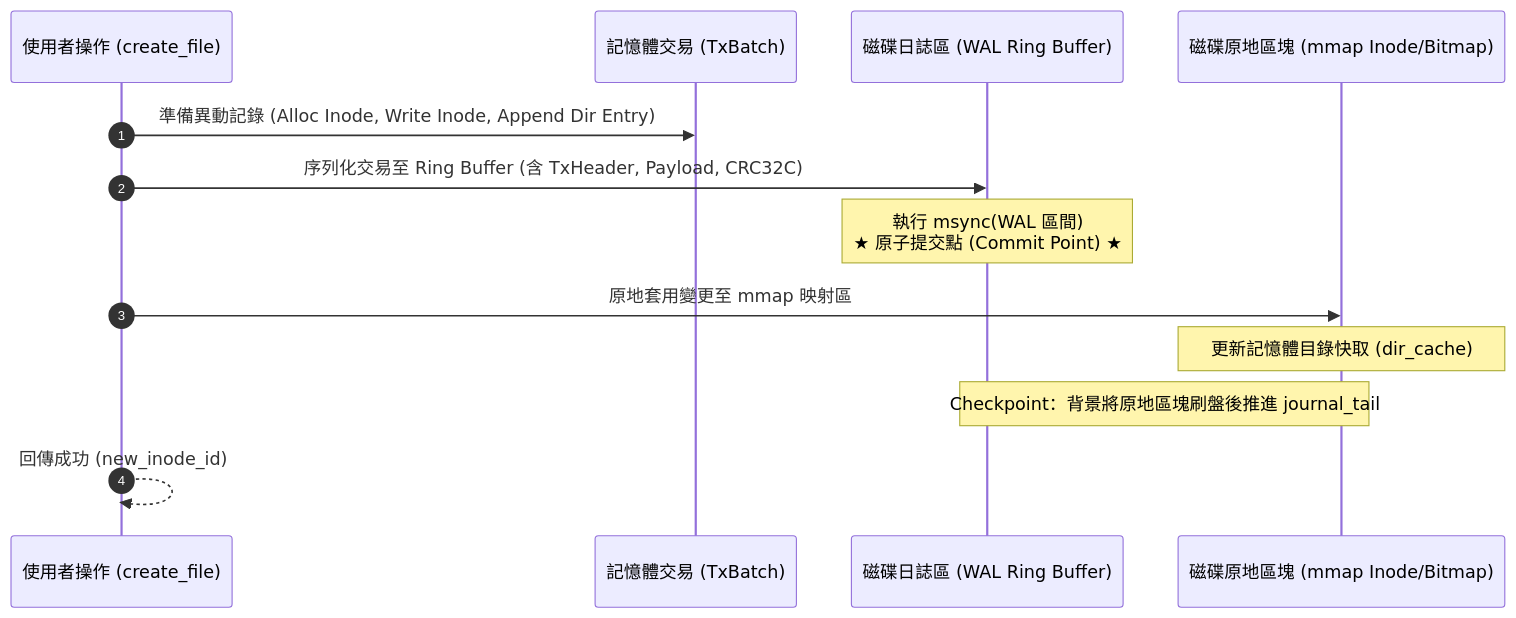
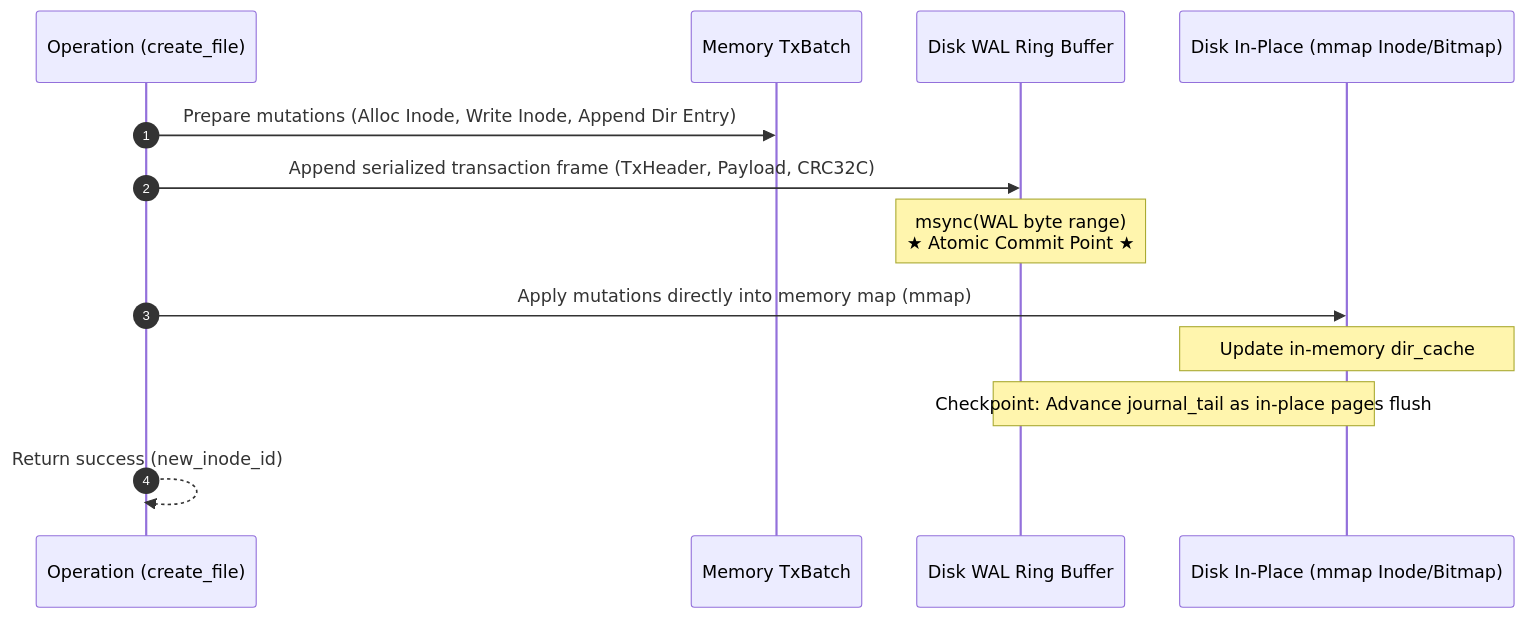
The diagram in docs/metadata_wal_design.md (ych/oifs), drawn with Mermaid before and after one commit. The commit also changed other lines of this file and 2 other files, not shown here.

First line of the commit message:
refactor(journal): extract allocation staging and pointer pruning to journal module

````diff
--- a/docs/metadata_wal_design.md
+++ b/docs/metadata_wal_design.md
@@ -179,16 +168,16 @@
 ```mermaid
 sequenceDiagram
     autonumber
-    participant Op as 使用者操作 (create_file)
-    participant Batch as 記憶體交易 (TxBatch)
-    participant WAL as 磁碟日誌區 (WAL Ring Buffer)
-    participant InPlace as 磁碟原地區塊 (mmap Inode/Bitmap)
+    participant Op as Operation (create_file)
+    participant Batch as Memory TxBatch
+    participant WAL as Disk WAL Ring Buffer
+    participant InPlace as Disk In-Place (mmap Inode/Bitmap)
 
-    Op->>Batch: 準備異動記錄 (Alloc Inode, Write Inode, Append Dir Entry)
-    Op->>WAL: 序列化交易至 Ring Buffer (含 TxHeader, Payload, CRC32C)
-    Note over WAL: 執行 msync(WAL 區間) <br/>★ 原子提交點 (Commit Point) ★
-    Op->>InPlace: 原地套用變更至 mmap 映射區
-    Note over InPlace: 更新記憶體目錄快取 (dir_cache)
-    Note over WAL, InPlace: Checkpoint：背景將原地區塊刷盤後推進 journal_tail
-    Op-->>Op: 回傳成功 (new_inode_id)
+    Op->>Batch: Prepare mutations (Alloc Inode, Write Inode, Append Dir Entry)
+    Op->>WAL: Append serialized transaction frame (TxHeader, Payload, CRC32C)
+    Note over WAL: msync(WAL byte range) <br/>★ Atomic Commit Point ★
+    Op->>InPlace: Apply mutations directly into memory map (mmap)
+    Note over InPlace: Update in-memory dir_cache
+    Note over WAL, InPlace: Checkpoint: Advance journal_tail as in-place pages flush
+    Op-->>Op: Return success (new_inode_id)
 ```
````
